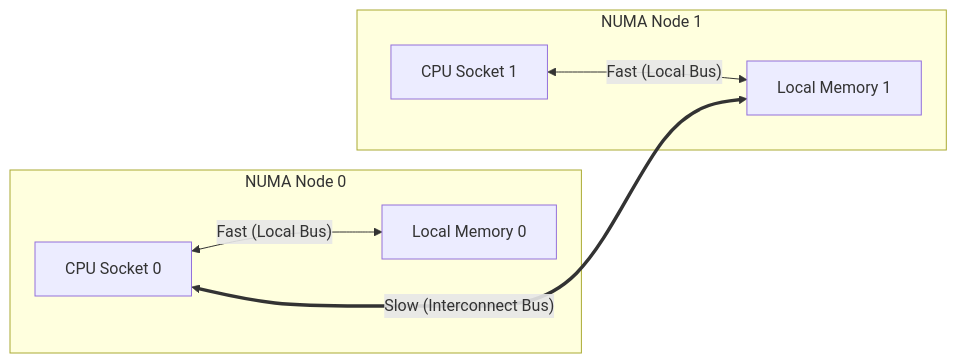
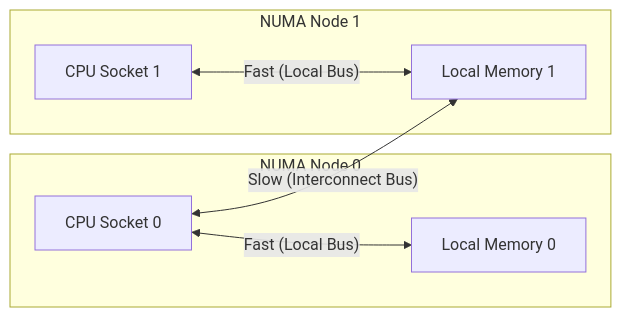
The second of 5 diagrams in OS/Unit 3/L08 - Allocation of Frames and Thrashing.md (YatishGowda09/Sem-3-CSE-Notes), drawn with Mermaid before and after one commit. The commit also changed other lines of this file and 70 other files, not shown here.

First line of the commit message:
Fix Mermaid diagram syntax for GitHub rendering compatibility

````diff
--- a/OS/Unit 3/L08 - Allocation of Frames and Thrashing.md
+++ b/OS/Unit 3/L08 - Allocation of Frames and Thrashing.md
@@ -129,12 +129,12 @@
 ```mermaid
 flowchart LR
     subgraph Node0 ["NUMA Node 0"]
         CPU0["CPU Socket 0"] <-->|"Fast (Local Bus)"| RAM0["Local Memory 0"]
     end
 
     subgraph Node1 ["NUMA Node 1"]
         CPU1["CPU Socket 1"] <-->|"Fast (Local Bus)"| RAM1["Local Memory 1"]
     end
 
-    CPU0 <===>|"Slow (Interconnect Bus)"| RAM1
+    CPU0 <-->|"Slow (Interconnect Bus)"| RAM1
 ```
````
